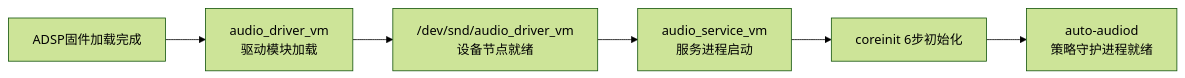
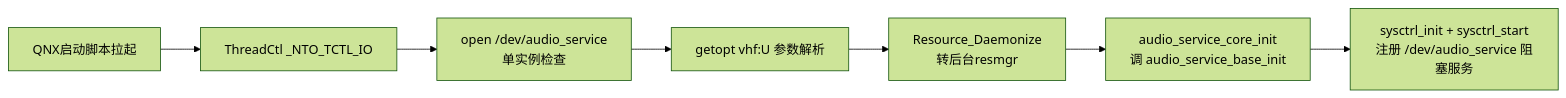
Before and after one commit to yanglinzhen1022/SA8295_AAOS_QNX_Audio_KnowledgeBase: the second of 11 diagrams in 16_Vendor_QNX_Architecture/16_16.17_QNX_audio_service_vm_VM音频服务.md, drawn with Mermaid (forest theme). The commit also changed other lines of this file and 48 other files, not shown here.

````diff
--- a/16_Vendor_QNX_Architecture/16_16.17_QNX_audio_service_vm_VM音频服务.md
+++ b/16_Vendor_QNX_Architecture/16_16.17_QNX_audio_service_vm_VM音频服务.md
@@ -118,8 +117,9 @@
 ```mermaid
 graph LR
-    ADSP_Ready[ADSP固件加载完成] --> Driver_Load[audio_driver_vm<br/>驱动模块加载]
-    Driver_Load --> Driver_Node["/dev/snd/audio_driver_vm<br/>设备节点就绪"]
-    Driver_Node --> Service_Start[audio_service_vm<br/>服务进程启动]
-    Service_Start --> Core_Init[coreinit 6步初始化]
-    Core_Init --> Auto_Audiod[auto-audiod<br/>策略守护进程就绪]
+    Boot[QNX启动脚本拉起] --> ThreadIO[ThreadCtl _NTO_TCTL_IO]
+    ThreadIO --> Single[open /dev/audio_service<br/>单实例检查]
+    Single --> Getopt[getopt vhf:U 参数解析]
+    Getopt --> Daemonize[Resource_Daemonize<br/>转后台resmgr]
+    Daemonize --> CoreInit[audio_service_core_init<br/>调 audio_service_base_init]
+    CoreInit --> Sysctrl[sysctrl_init + sysctrl_start<br/>注册 /dev/audio_service 阻塞服务]
 ```
````
